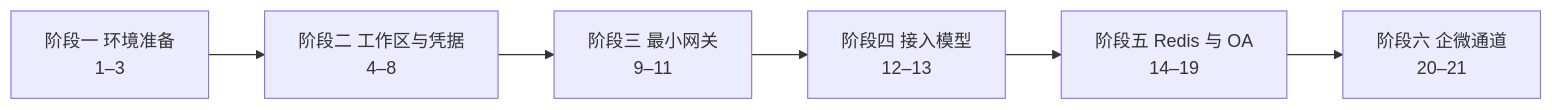
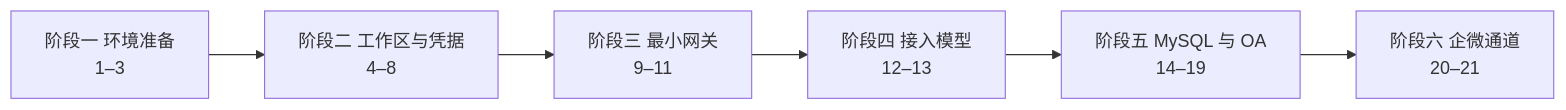
Before and after one commit to Createsnow/adt_openclaw: the diagram in linux/OpenClaw Gateway Linux 服务器安装手册.md, drawn with Mermaid. The commit also changed other lines of this file and 131 other files, not shown here.

First line of the commit message:
重构 OA 桥接：Redis 换为 MySQL，合并身份适配器，未命中兜底运维支持（进行中）

````diff
--- a/linux/OpenClaw Gateway Linux 服务器安装手册.md
+++ b/linux/OpenClaw Gateway Linux 服务器安装手册.md
@@ -152,8 +152,8 @@
 ```mermaid
 flowchart LR
   P1["阶段一 环境准备<br/>1–3"] --> P2["阶段二 工作区与凭据<br/>4–8"]
   P2 --> P3["阶段三 最小网关<br/>9–11"]
   P3 --> P4["阶段四 接入模型<br/>12–13"]
-  P4 --> P5["阶段五 Redis 与 OA<br/>14–19"]
+  P4 --> P5["阶段五 MySQL 与 OA<br/>14–19"]
   P5 --> P6["阶段六 企微通道<br/>20–21"]
 ```
````
